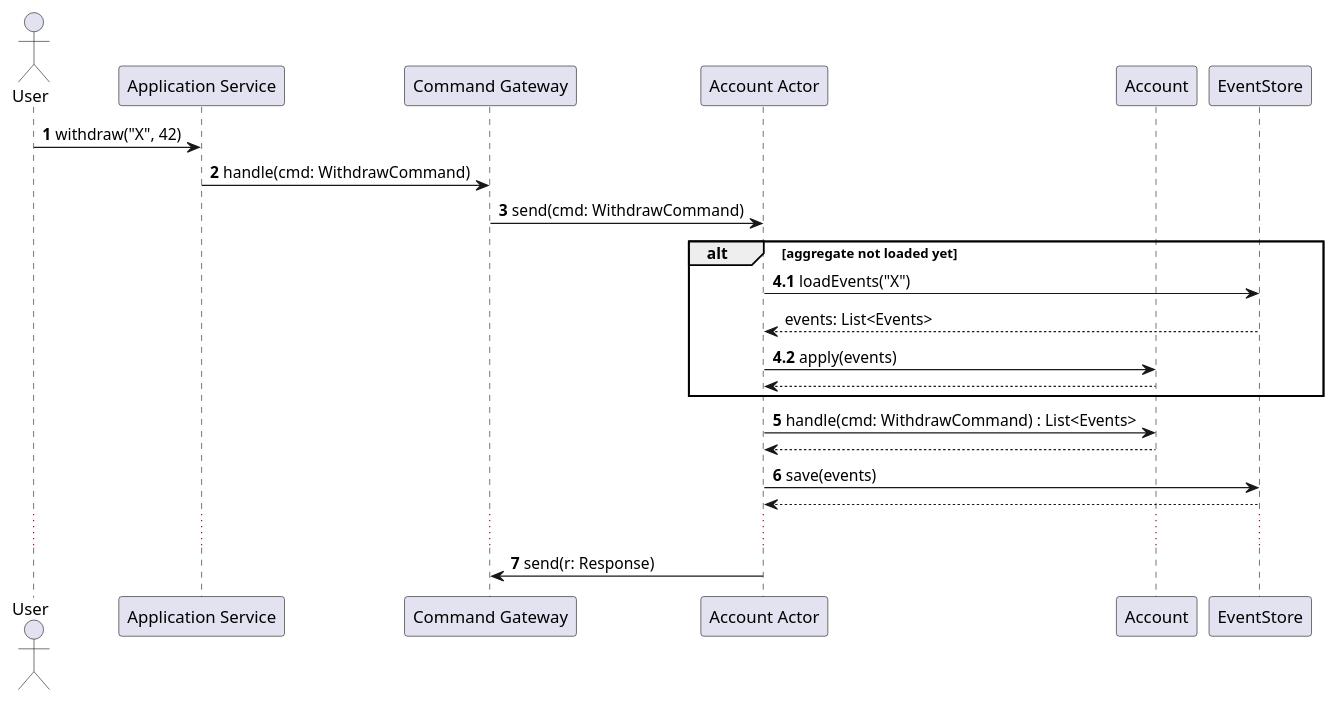
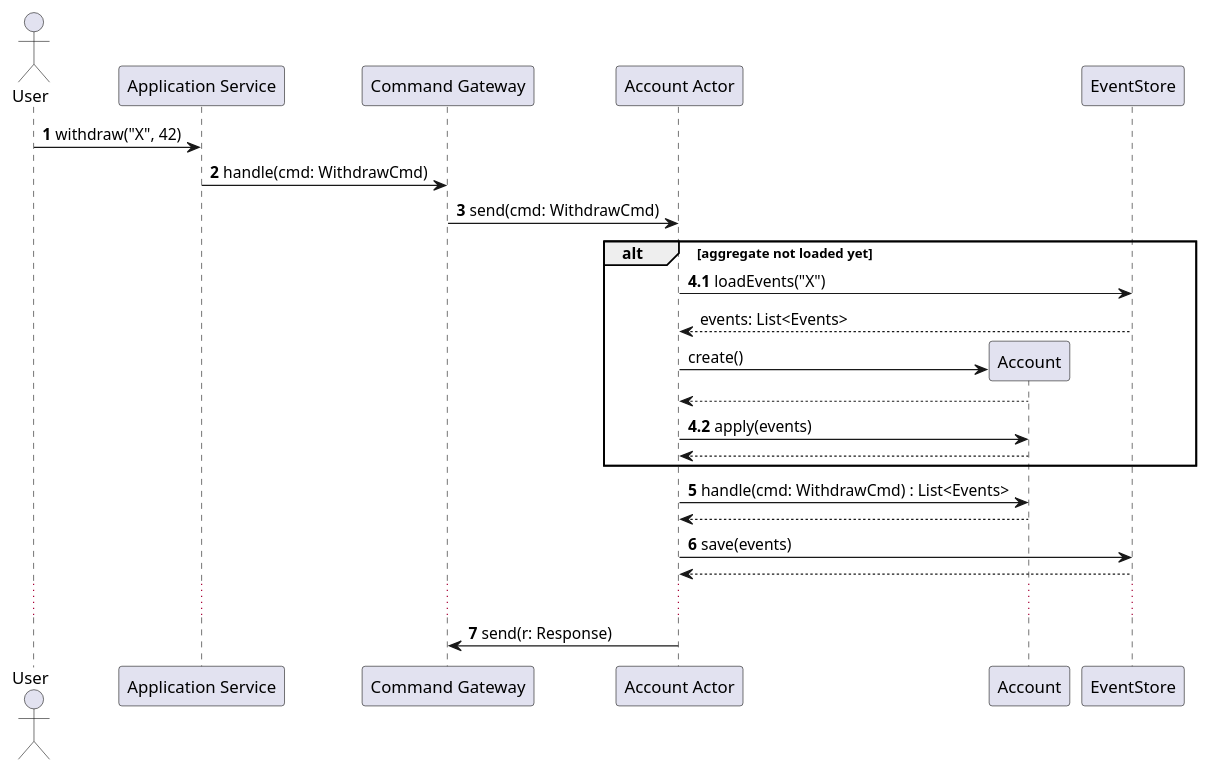
Before and after one commit to olijaun/idontbyte: the second of 2 diagrams in _drafts/2020-01-05-eventsourcing-implementation-approaches.md, drawn with PlantUML. The commit also changed other lines of this file and 21 other files, not shown here.

```diff
--- a/_drafts/2020-01-05-eventsourcing-implementation-approaches.md
+++ b/_drafts/2020-01-05-eventsourcing-implementation-approaches.md
@@ -102,24 +102,27 @@
 {% plantuml %}
 actor "User" as U
 participant "Application Service" as AS
 participant "Command Gateway" as CG
 participant "Account Actor" as AC
 participant "Account" as A
 participant "EventStore" as ES
 
 U -> AS: **1** withdraw("X", 42)
-AS -> CG: **2** handle(cmd: WithdrawCommand)
-CG -> AC: **3** send(cmd: WithdrawCommand)
+AS -> CG: **2** handle(cmd: WithdrawCmd)
+CG -> AC: **3** send(cmd: WithdrawCmd)
 alt aggregate not loaded yet
   AC -> ES: **4.1** loadEvents("X")
   AC <-- ES: events: List<Events>
+  create A
+  AC -> A: create()
+  return
   AC -> A: **4.2** apply(events)
   return
 end
-AC -> A: **5** handle(cmd: WithdrawCommand) : List<Events>
+AC -> A: **5** handle(cmd: WithdrawCmd) : List<Events>
 AC <-- A:
 AC -> ES: **6** save(events)
 return
 ...
 CG <- AC: **7** send(r: Response)
 {% endplantuml %}
```
